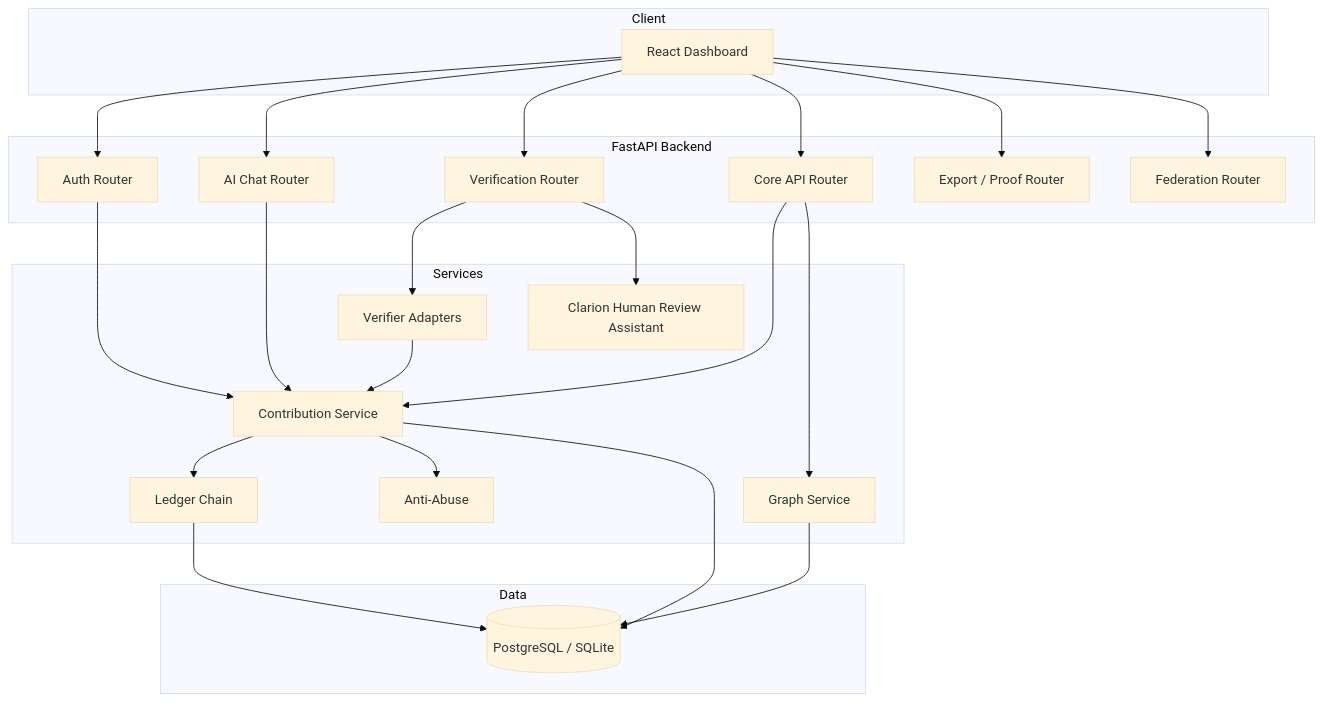
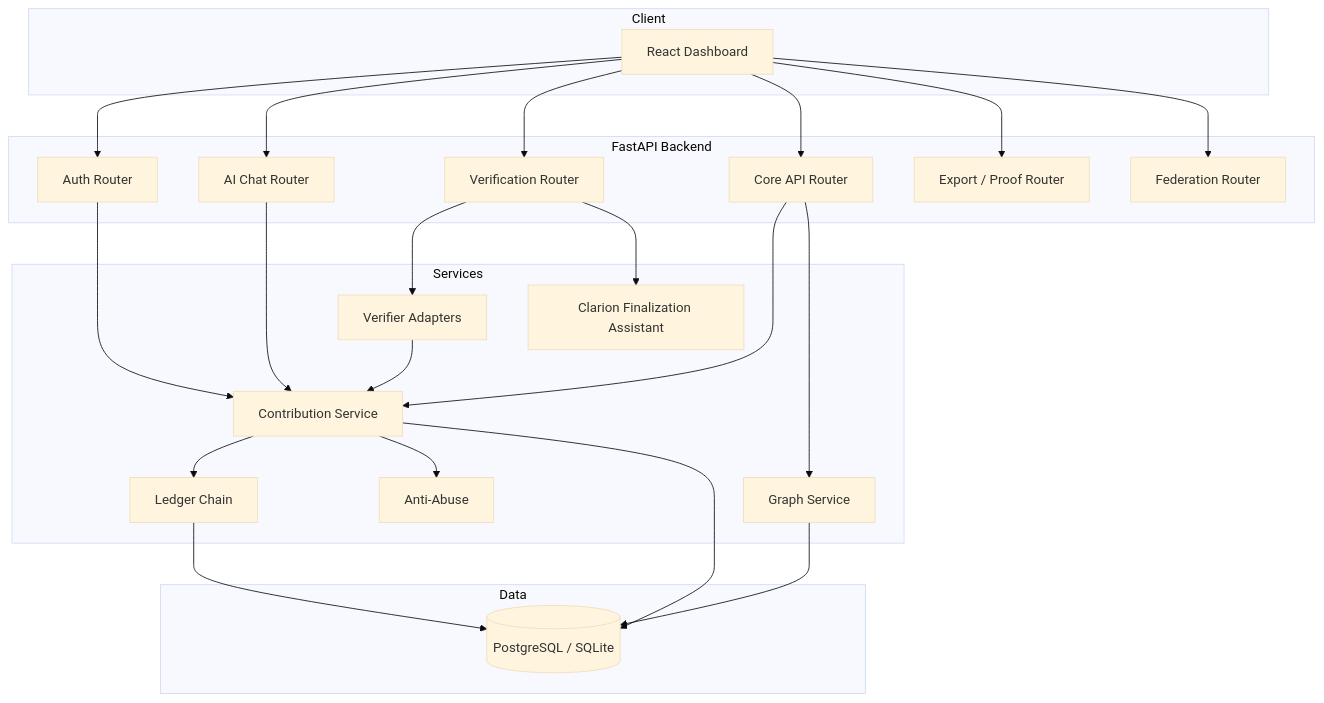
One commit to PoCP-Labs/pocp-ai-commons changed the diagram in docs/ARCHITECTURE.md. Above: the diagram before and after it, drawn with Mermaid (base theme). The commit also changed other lines of this file and 299 other files, not shown here.

````diff
--- a/docs/ARCHITECTURE.md
+++ b/docs/ARCHITECTURE.md
@@ -9,37 +9,37 @@
 ```mermaid
 flowchart TB
   subgraph Client
     FE[React Dashboard]
   end
 
   subgraph API["FastAPI Backend"]
     AUTH[Auth Router]
     CHAT[AI Chat Router]
     VER[Verification Router]
     APIR[Core API Router]
     EXP[Export / Proof Router]
     FED[Federation Router]
   end
 
   subgraph Services
     CONTRIB[Contribution Service]
     VERIFY[Verifier Adapters]
-    CLARION[Clarion Human Review Assistant]
+    CLARION[Clarion Finalization Assistant]
     LEDGER[Ledger Chain]
     GRAPH[Graph Service]
     ABUSE[Anti-Abuse]
   end
 
   subgraph Data
     DB[(PostgreSQL / SQLite)]
   end
 
   FE --> AUTH & CHAT & VER & APIR & EXP & FED
   AUTH --> CONTRIB
   CHAT --> CONTRIB
   VER --> VERIFY & CLARION
   APIR --> CONTRIB & GRAPH
   CONTRIB --> LEDGER & ABUSE
   VERIFY --> CONTRIB
   LEDGER & GRAPH & CONTRIB --> DB
 ```
````
